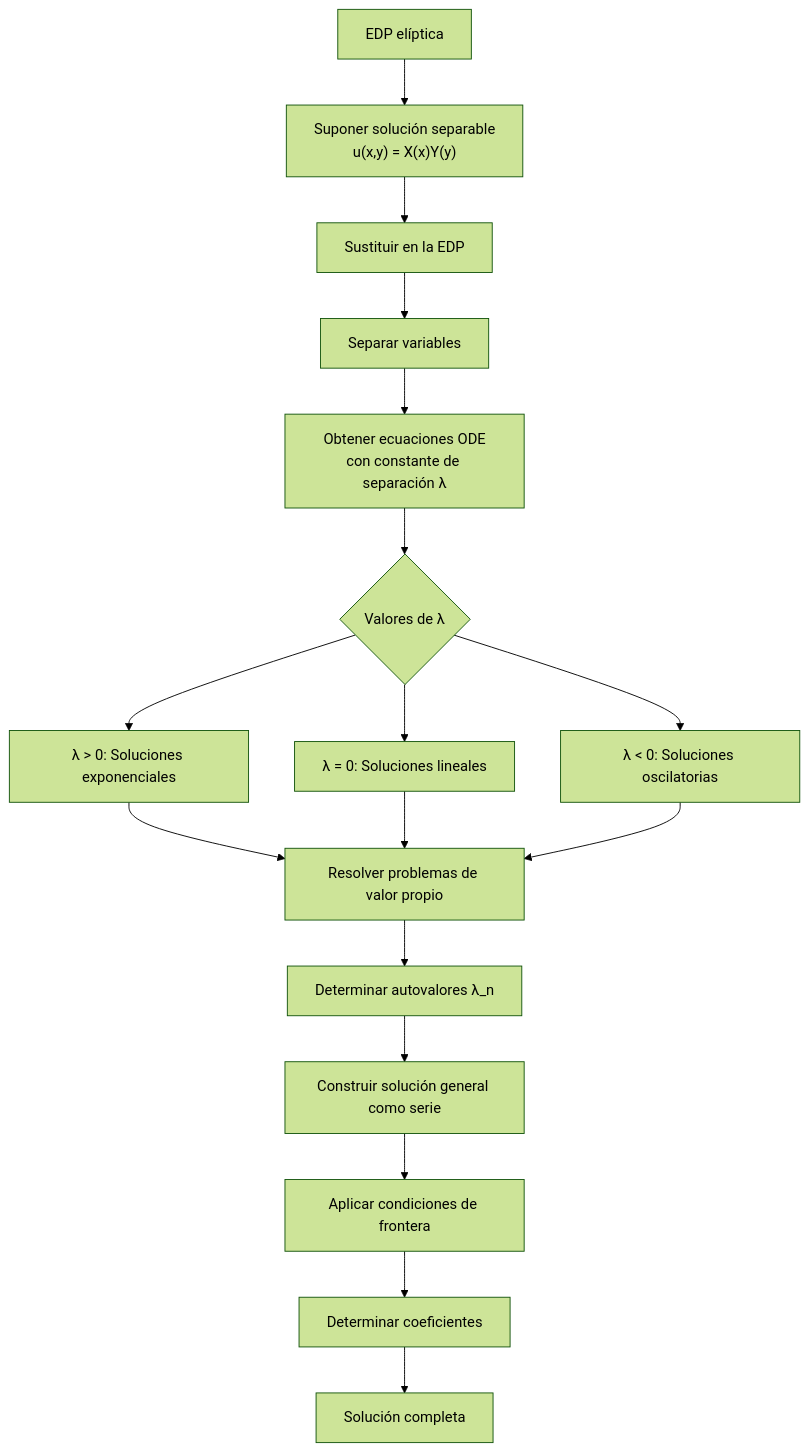
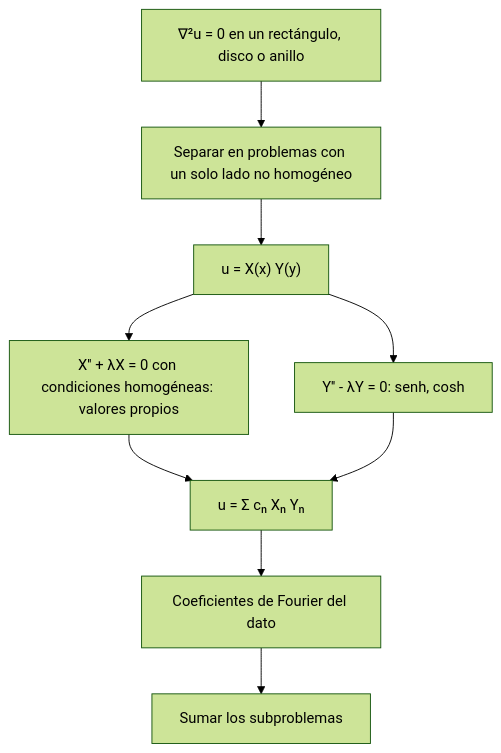
Before and after one commit to djaimej/computer-science-template: the diagram in public/documents/semester-4/3/4385.md, drawn with Mermaid (forest theme). The commit also changed other lines of this file and 4 other files, not shown here.

````diff
--- a/public/documents/semester-4/3/4385.md
+++ b/public/documents/semester-4/3/4385.md
@@ -37,19 +18,11 @@
 ```mermaid
 flowchart TD
-    A[EDP elíptica] --> B["Suponer solución separable<br>u(x,y) = X(x)Y(y)"]
-    B --> C[Sustituir en la EDP]
-    C --> D[Separar variables]
-    D --> E[Obtener ecuaciones ODE<br>con constante de separación λ]
-    E --> F{Valores de λ}
-    F --> G[λ > 0: Soluciones exponenciales]
-    F --> H[λ = 0: Soluciones lineales]
-    F --> I[λ < 0: Soluciones oscilatorias]
-    G --> J[Resolver problemas de valor propio]
-    H --> J
-    I --> J
-    J --> K[Determinar autovalores λ_n]
-    K --> L[Construir solución general como serie]
-    L --> M[Aplicar condiciones de frontera]
-    M --> N[Determinar coeficientes]
-    N --> O[Solución completa]
+    A["∇²u = 0 en un rectángulo, disco o anillo"] --> B["Separar en problemas con un solo lado no homogéneo"]
+    B --> C["u = X(x) Y(y)"]
+    C --> D["X'' + λX = 0 con condiciones homogéneas: valores propios"]
+    C --> E["Y'' - λY = 0: senh, cosh"]
+    D --> F["u = Σ cₙ Xₙ Yₙ"]
+    E --> F
+    F --> G["Coeficientes de Fourier del dato"]
+    G --> H["Sumar los subproblemas"]
 ```
````
